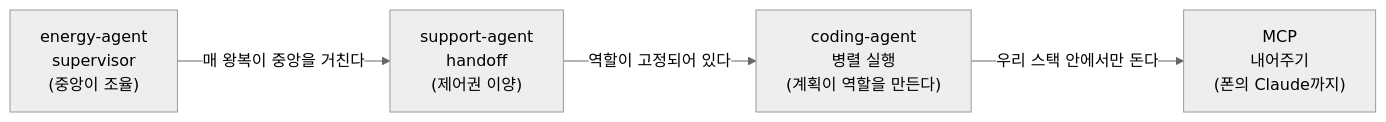
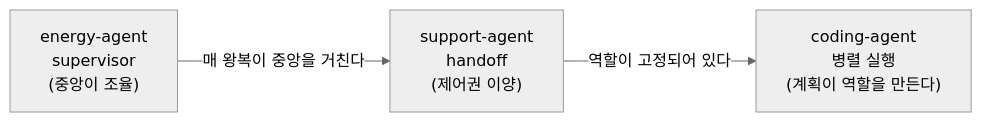
One commit to 2026-ai-agents/2026-ai-agents changed the diagram in site/src/content/courses/ko/day-03.mdx. Above: the diagram before and after it, drawn with Mermaid (neutral theme). The commit also changed other lines of this file and 5 other files, not shown here.

````diff
--- a/site/src/content/courses/ko/day-03.mdx
+++ b/site/src/content/courses/ko/day-03.mdx
@@ -36,6 +35,5 @@
 ```mermaid
 flowchart LR
     A["energy-agent<br/>supervisor<br/>(중앙이 조율)"] -->|"매 왕복이 중앙을 거친다"| B["support-agent<br/>handoff<br/>(제어권 이양)"]
     B -->|"역할이 고정되어 있다"| C["coding-agent<br/>병렬 실행<br/>(계획이 역할을 만든다)"]
-    C -->|"우리 스택 안에서만 돈다"| D["MCP<br/>내어주기<br/>(폰의 Claude까지)"]
 ```
````
